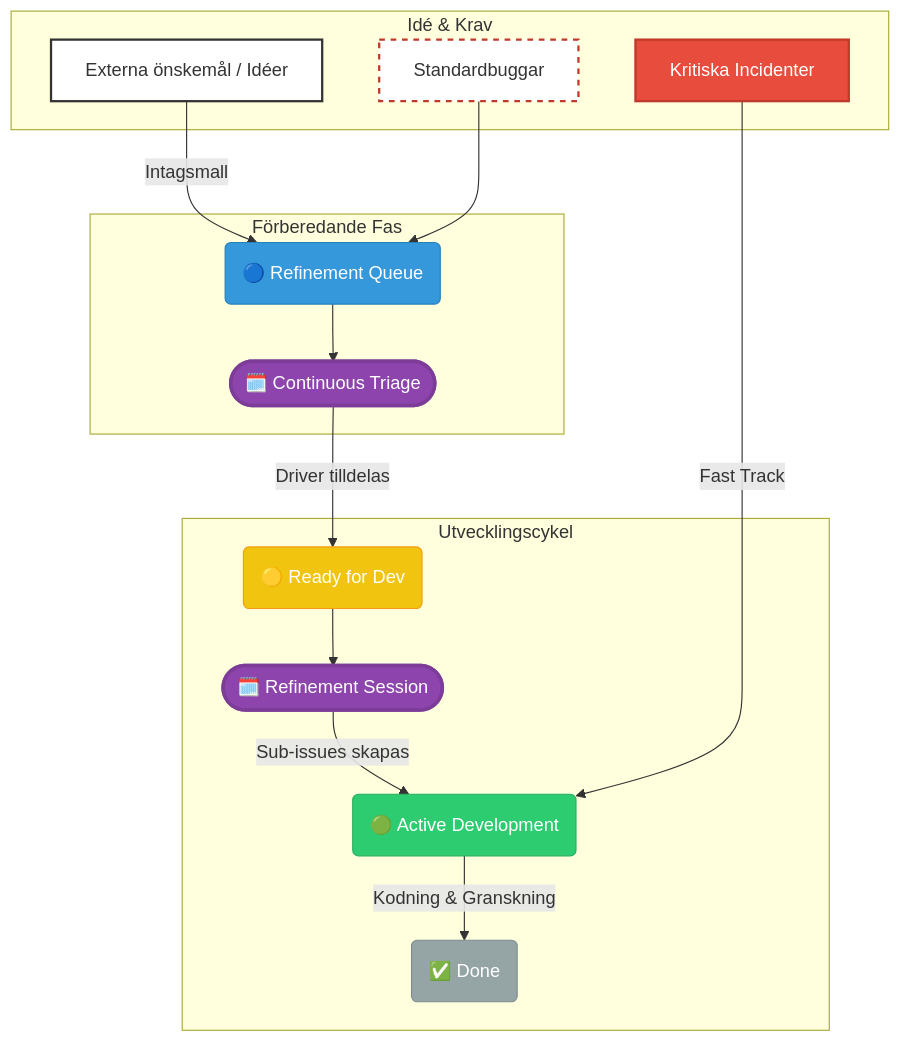
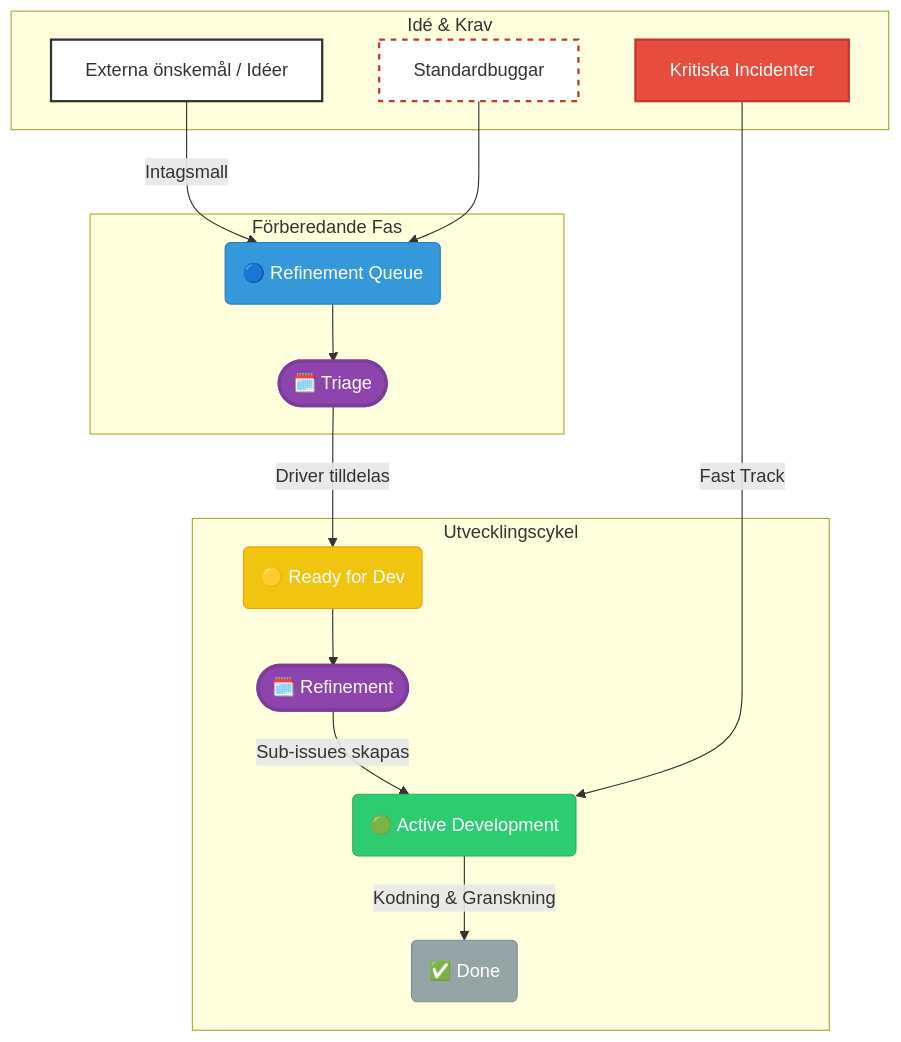
One commit to stefanbackelin/dab changed the diagram in dab_sv.md. Above: the diagram before and after it, drawn with Mermaid. The commit also changed other lines of this file, not shown here.

````diff
--- a/dab_sv.md
+++ b/dab_sv.md
@@ -71,34 +71,34 @@
 ```mermaid
 graph TD
     subgraph "Idé & Krav"
         A[Externa önskemål / Idéer]
         F[Standardbuggar]
         G[Kritiska Incidenter]
     end
 
     subgraph "Förberedande Fas"
         A -->|Intagsmall| B(🔵 Refinement Queue)
         F --> B
-        B --> M1([🗓️ Continuous Triage])
+        B --> M1([🗓️ Triage])
     end
 
     subgraph "Utvecklingscykel"
         M1 -->|Driver tilldelas| C(🟡 Ready for Dev)
-        C --> M2([🗓️ Refinement Session])
+        C --> M2([🗓️ Refinement])
         M2 -->|Sub-issues skapas| D(🟢 Active Development)
         G -->|Fast Track| D
         D -->|Kodning & Granskning| E(✅ Done)
     end
 
     style A fill:#fff,stroke:#333,stroke-width:2px,color:#333
     style F fill:#fff,stroke:#c0392b,stroke-width:2px,stroke-dasharray: 5 5,color:#333
     style G fill:#e74c3c,stroke:#c0392b,color:#fff,stroke-width:2px
     
     style B fill:#3498db,stroke:#2980b9,color:#fff
     style C fill:#f1c40f,stroke:#f39c12,color:#fff
     style D fill:#2ecc71,stroke:#27ae60,color:#fff
     style E fill:#95a5a6,stroke:#7f8c8d,color:#fff
 
     style M1 fill:#8e44ad,stroke:#7d3c98,color:#fff,stroke-width:3px
     style M2 fill:#8e44ad,stroke:#7d3c98,color:#fff,stroke-width:3px
 ```
````
